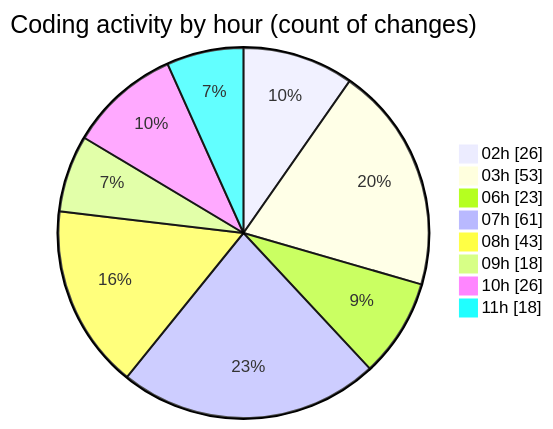
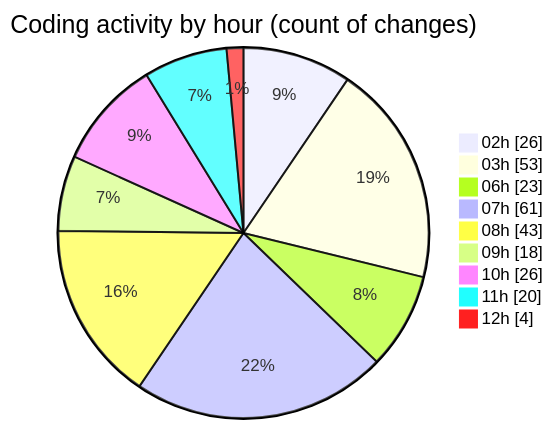
The second of 2 diagrams in 2025-02-22/micros/README.md (charlie-sans/code-tracking), drawn with Mermaid before and after one commit. The commit also changed other lines of this file and 1 other file, not shown here.

````diff
--- a/2025-02-22/micros/README.md
+++ b/2025-02-22/micros/README.md
@@ -78,12 +78,13 @@
 ```mermaid
 pie showData
 title Coding activity by hour (count of changes)
 "02h" : 26
 "03h" : 53
 "06h" : 23
 "07h" : 61
 "08h" : 43
 "09h" : 18
 "10h" : 26
-"11h" : 18
+"11h" : 20
+"12h" : 4
 ```
````
